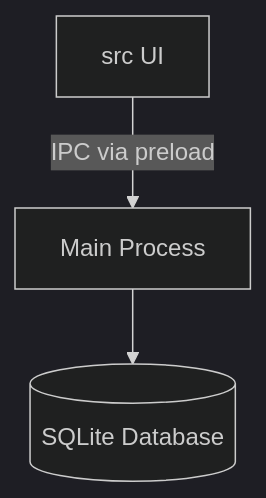
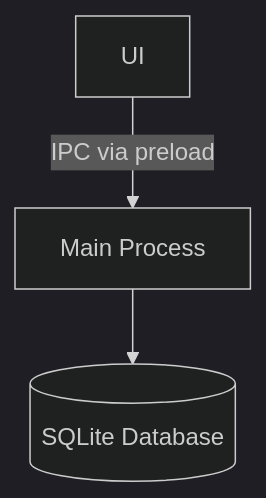
Before and after one commit to MZO26/MDEditor: the diagram in README.md, drawn with Mermaid (dark theme). The commit also changed other lines of this file and 2 other files, not shown here.

````diff
--- a/README.md
+++ b/README.md
@@ -125,5 +127,5 @@
 ```mermaid
 flowchart TD
-    A[src UI] -- IPC via preload --> B[Main Process]
+    A[UI] -- IPC via preload --> B[Main Process]
     B --> C[(SQLite Database)]
 ```
````
